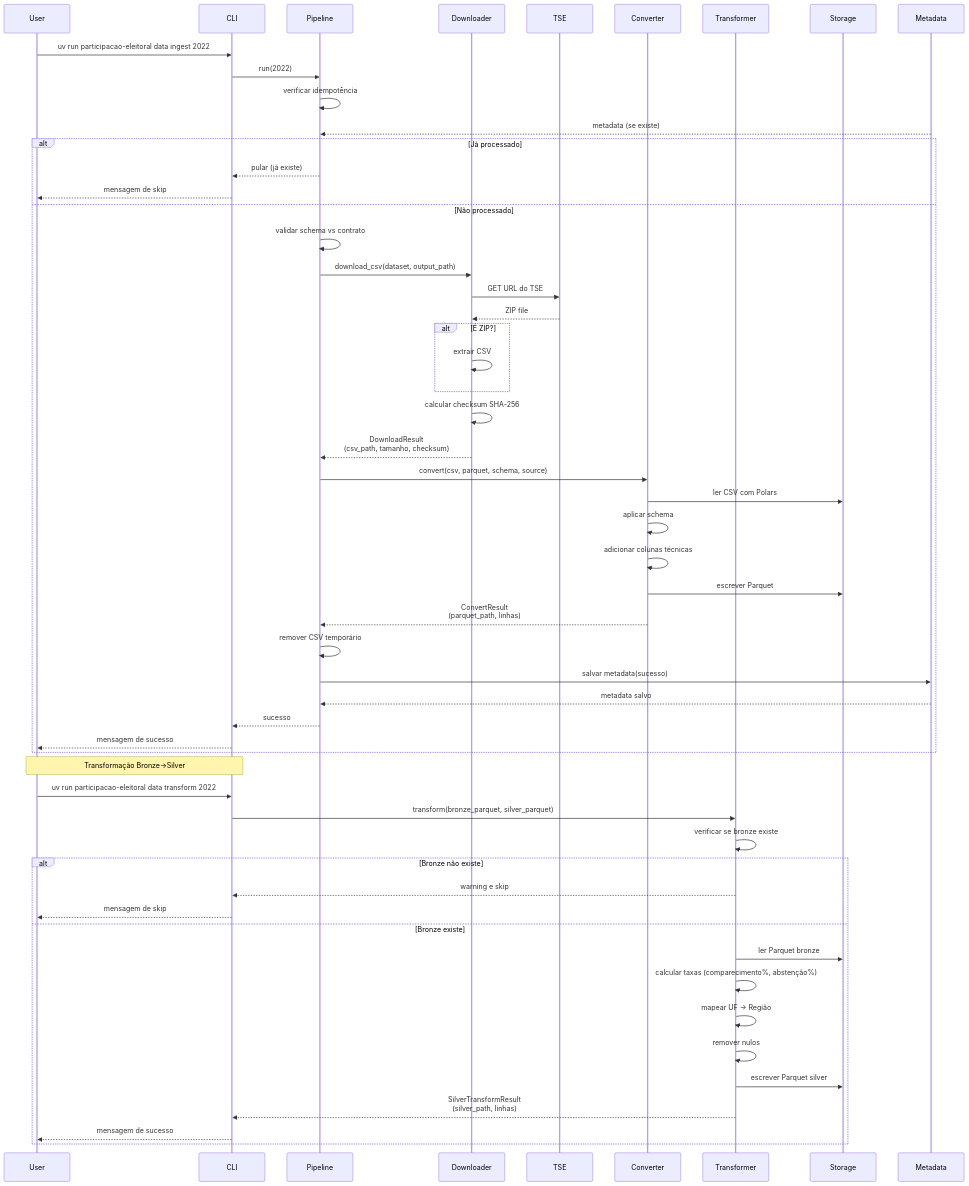
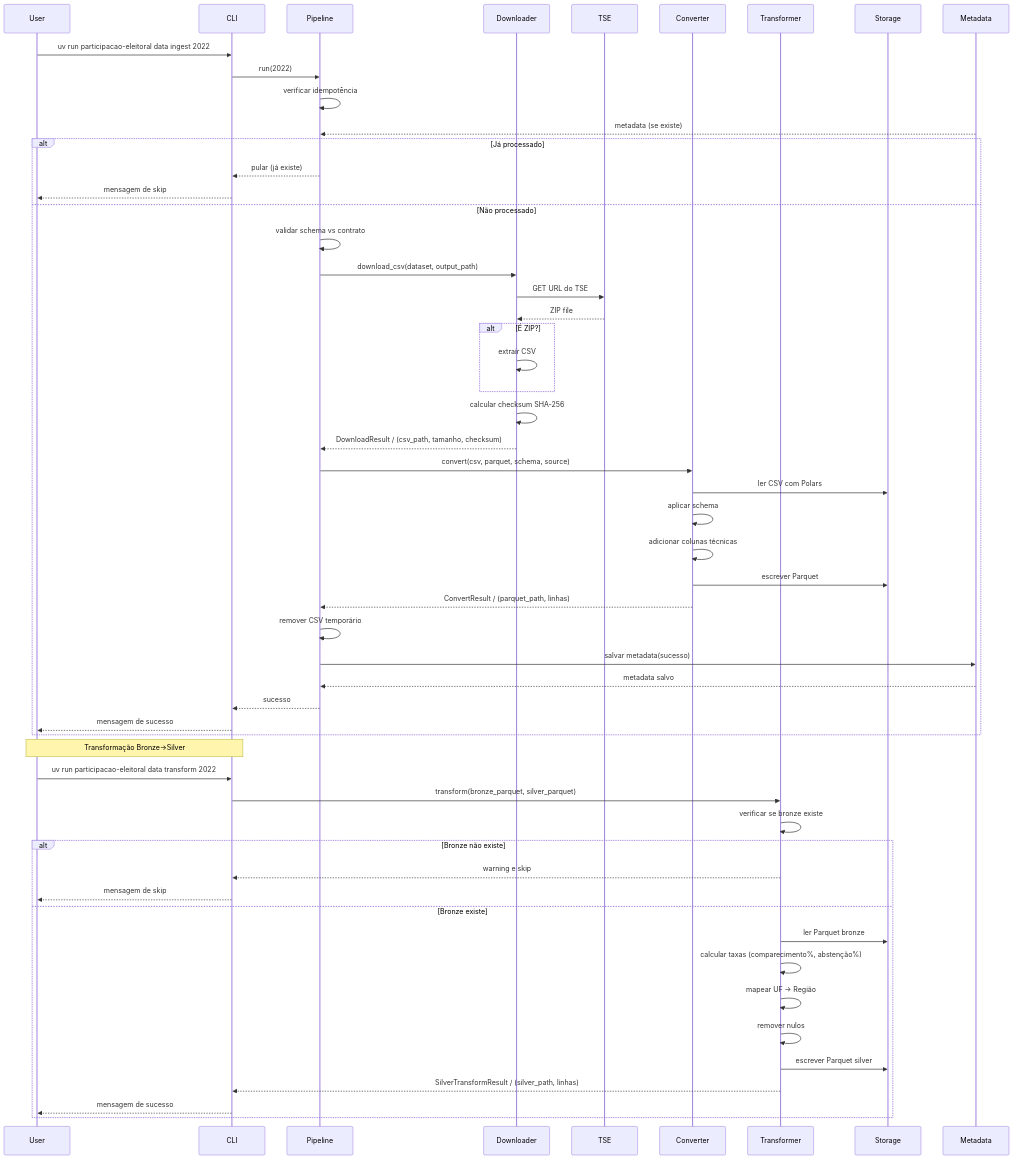
One commit to diegobarbosaa/eleicao_participacao_analytics changed the second of 3 diagrams in docs/architecture_diagram.md. Above: the diagram before and after it, drawn with Mermaid. The commit also changed other lines of this file, not shown here.

First line of the commit message:
fix: corrigir erro de parse markdown em architecture_diagram

````diff
--- a/docs/architecture_diagram.md
+++ b/docs/architecture_diagram.md
@@ -50,74 +50,74 @@
 ```mermaid
 sequenceDiagram
     participant User
     participant CLI
     participant Pipeline
     participant Downloader
     participant TSE
     participant Converter
     participant Transformer
     participant Storage
     participant Metadata
 
     User->>CLI: uv run participacao-eleitoral data ingest 2022
     CLI->>Pipeline: run(2022)
 
     Pipeline->>Pipeline: verificar idempotência
     Metadata-->>Pipeline: metadata (se existe)
 
     alt Já processado
         Pipeline-->>CLI: pular (já existe)
         CLI-->>User: mensagem de skip
     else Não processado
         Pipeline->>Pipeline: validar schema vs contrato
         Pipeline->>Downloader: download_csv(dataset, output_path)
 
         Downloader->>TSE: GET URL do TSE
         TSE-->>Downloader: ZIP file
 
         alt É ZIP?
             Downloader->>Downloader: extrair CSV
         end
 
         Downloader->>Downloader: calcular checksum SHA-256
-        Downloader-->>Pipeline: DownloadResult<br/>(csv_path, tamanho, checksum)
+        Downloader-->>Pipeline: DownloadResult / (csv_path, tamanho, checksum)
 
         Pipeline->>Converter: convert(csv, parquet, schema, source)
 
         Converter->>Storage: ler CSV com Polars
         Converter->>Converter: aplicar schema
         Converter->>Converter: adicionar colunas técnicas
         Converter->>Storage: escrever Parquet
 
-        Converter-->>Pipeline: ConvertResult<br/>(parquet_path, linhas)
+        Converter-->>Pipeline: ConvertResult / (parquet_path, linhas)
 
         Pipeline->>Pipeline: remover CSV temporário
 
         Pipeline->>Metadata: salvar metadata(sucesso)
         Metadata-->>Pipeline: metadata salvo
 
         Pipeline-->>CLI: sucesso
         CLI-->>User: mensagem de sucesso
     end
 
     Note over User,CLI: Transformação Bronze→Silver
 
     User->>CLI: uv run participacao-eleitoral data transform 2022
     CLI->>Transformer: transform(bronze_parquet, silver_parquet)
 
     Transformer->>Transformer: verificar se bronze existe
 
     alt Bronze não existe
         Transformer-->>CLI: warning e skip
         CLI-->>User: mensagem de skip
     else Bronze existe
         Transformer->>Storage: ler Parquet bronze
         Transformer->>Transformer: calcular taxas (comparecimento%, abstenção%)
         Transformer->>Transformer: mapear UF → Região
         Transformer->>Transformer: remover nulos
         Transformer->>Storage: escrever Parquet silver
 
-        Transformer-->>CLI: SilverTransformResult<br/>(silver_path, linhas)
+        Transformer-->>CLI: SilverTransformResult / (silver_path, linhas)
         CLI-->>User: mensagem de sucesso
     end
 ```
````
